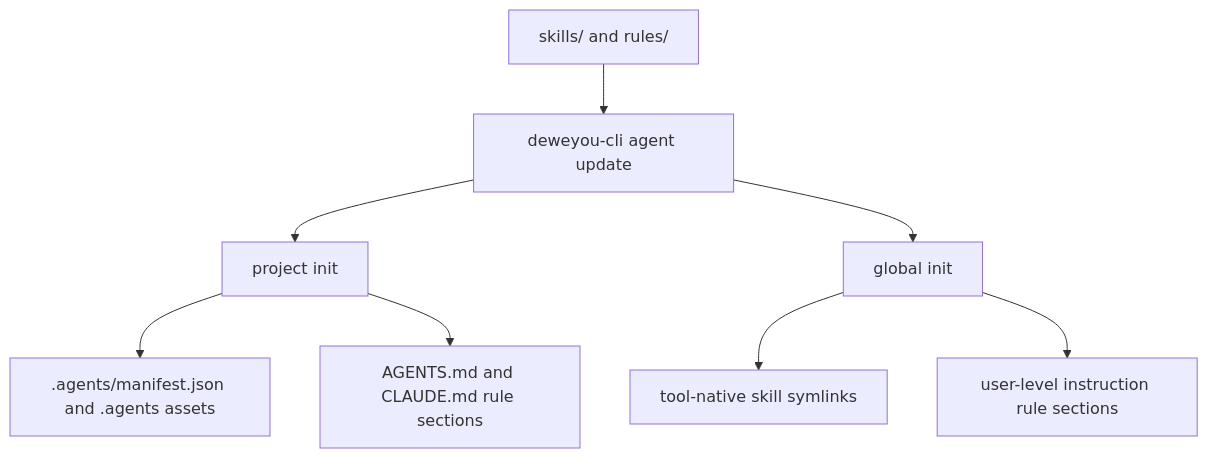
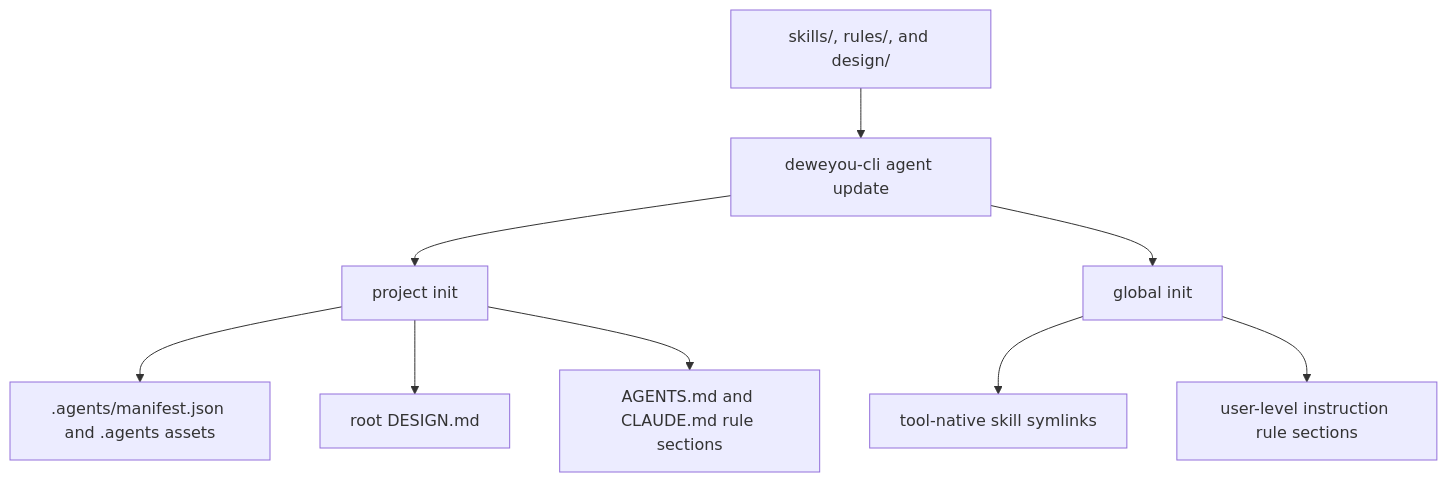
The diagram in docs/asset-workflow.md (deweyou/agents), drawn with Mermaid before and after one commit. The commit also changed other lines of this file and 36 other files, not shown here.

Commit message:
feat: add design contracts to agent assets

````diff
--- a/docs/asset-workflow.md
+++ b/docs/asset-workflow.md
@@ -6,10 +6,11 @@
 ```mermaid
 flowchart TD
-    Source["skills/ and rules/"] --> Registry["deweyou-cli agent update"]
+    Source["skills/, rules/, and design/"] --> Registry["deweyou-cli agent update"]
     Registry --> Project["project init"]
     Registry --> Global["global init"]
     Project --> ProjectAssets[".agents/manifest.json and .agents assets"]
+    Project --> ProjectDesign["root DESIGN.md"]
     Project --> ProjectInstructions["AGENTS.md and CLAUDE.md rule sections"]
     Global --> GlobalSkills["tool-native skill symlinks"]
     Global --> GlobalRules["user-level instruction rule sections"]
 ```
````
